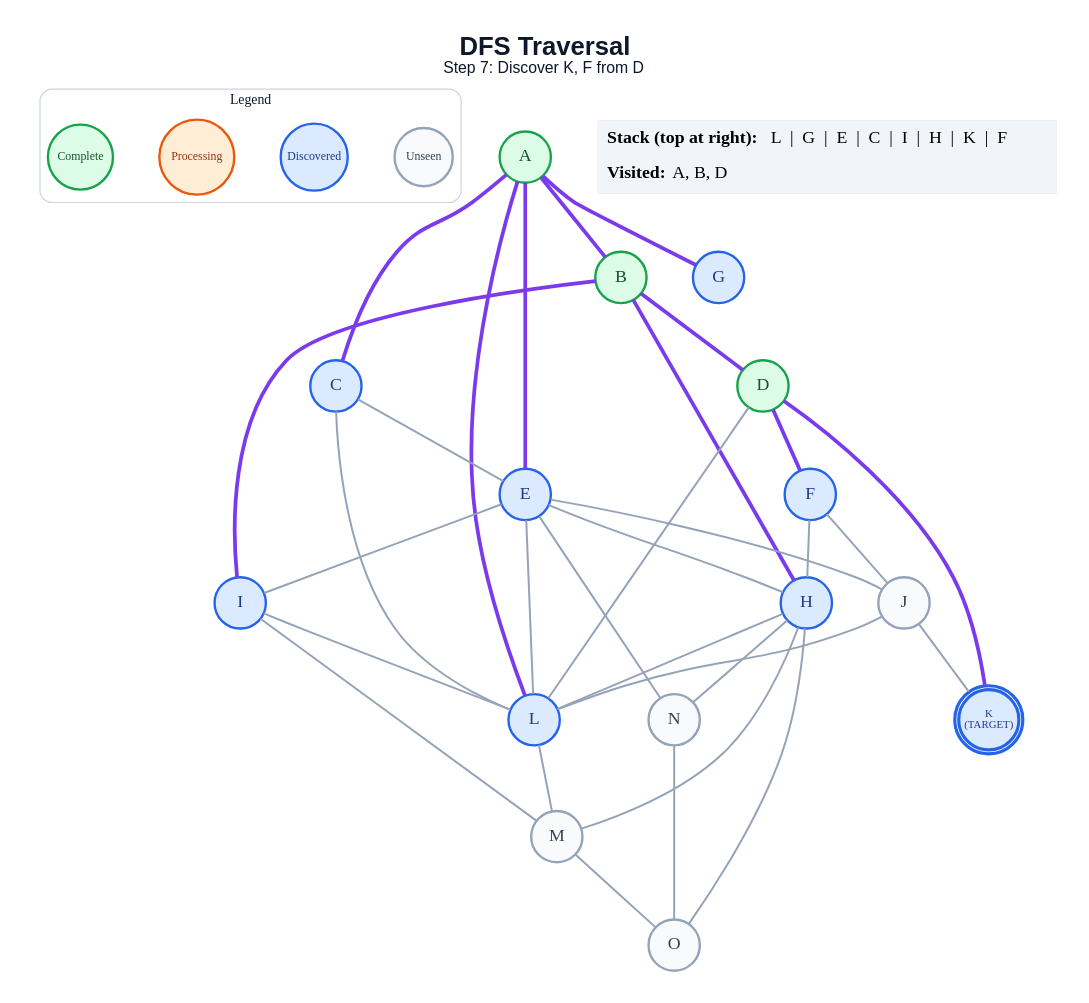
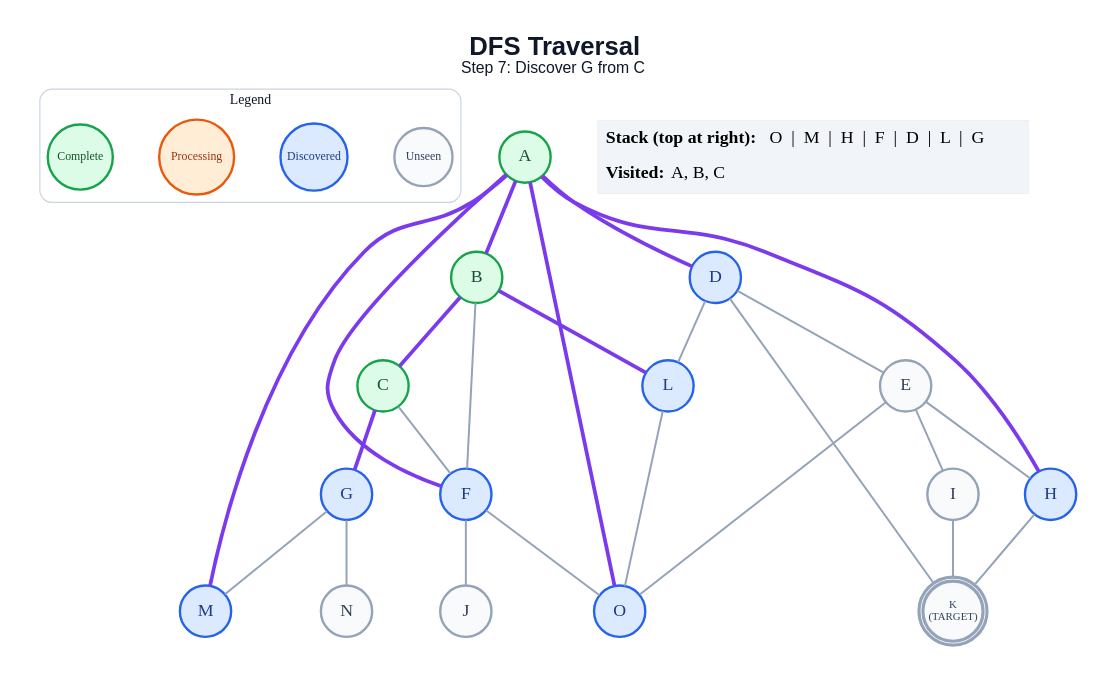
One commit to anon7238593-create/ai-slop changed the diagram in generated/dfs/step_07.dot. Above: the diagram before and after it, drawn with Graphviz. The commit also changed 283 other files, not shown here.

```diff
--- a/generated/dfs/step_07.dot
+++ b/generated/dfs/step_07.dot
@@ -1,65 +1,58 @@
 graph traversal {
   graph [layout=dot, rankdir=TB, bgcolor="#FFFFFF", pad="0.35", nodesep="0.65", ranksep="0.8", fontname="Arial"];
   node [shape=circle, style="filled", fontname="Arial Bold", fontsize=18, width=0.72, fixedsize=true, penwidth=2.4];
   edge [color="#94A3B8", penwidth=2.0];
-  label=<<B>DFS Traversal</B><BR/><FONT POINT-SIZE="16">Step 7: Discover K, F from D</FONT>>; labelloc="t"; fontsize=26; fontname="Arial"; fontcolor="#0F172A";
+  label=<<B>DFS Traversal</B><BR/><FONT POINT-SIZE="16">Step 7: Discover G from C</FONT>>; labelloc="t"; fontsize=26; fontname="Arial"; fontcolor="#0F172A";
   subgraph cluster_legend { label="Legend"; color="#CBD5E1"; penwidth=1.2; style="rounded"; fontsize=14; fontname="Arial Bold";
     key_unseen [label="Unseen", fillcolor="#F8FAFC", color="#94A3B8", fontcolor="#334155", fontsize=12, width=0.82];
     key_frontier [label="Discovered", fillcolor="#DBEAFE", color="#2563EB", fontcolor="#1E3A8A", fontsize=12, width=0.95];
     key_current [label="Processing", fillcolor="#FFEDD5", color="#EA580C", fontcolor="#9A3412", fontsize=12, width=1.05];
     key_done [label="Complete", fillcolor="#DCFCE7", color="#16A34A", fontcolor="#14532D", fontsize=12, width=0.92];
     { rank=same; key_unseen; key_frontier; key_current; key_done; }
   }
   A [label="A", fillcolor="#DCFCE7", color="#16A34A", fontcolor="#14532D", peripheries=1, penwidth=2.4];
   B [label="B", fillcolor="#DCFCE7", color="#16A34A", fontcolor="#14532D", peripheries=1, penwidth=2.4];
-  C [label="C", fillcolor="#DBEAFE", color="#2563EB", fontcolor="#1E3A8A", peripheries=1, penwidth=2.4];
-  D [label="D", fillcolor="#DCFCE7", color="#16A34A", fontcolor="#14532D", peripheries=1, penwidth=2.4];
-  E [label="E", fillcolor="#DBEAFE", color="#2563EB", fontcolor="#1E3A8A", peripheries=1, penwidth=2.4];
+  C [label="C", fillcolor="#DCFCE7", color="#16A34A", fontcolor="#14532D", peripheries=1, penwidth=2.4];
+  D [label="D", fillcolor="#DBEAFE", color="#2563EB", fontcolor="#1E3A8A", peripheries=1, penwidth=2.4];
+  E [label="E", fillcolor="#F8FAFC", color="#94A3B8", fontcolor="#334155", peripheries=1, penwidth=2.4];
   F [label="F", fillcolor="#DBEAFE", color="#2563EB", fontcolor="#1E3A8A", peripheries=1, penwidth=2.4];
   G [label="G", fillcolor="#DBEAFE", color="#2563EB", fontcolor="#1E3A8A", peripheries=1, penwidth=2.4];
   H [label="H", fillcolor="#DBEAFE", color="#2563EB", fontcolor="#1E3A8A", peripheries=1, penwidth=2.4];
-  I [label="I", fillcolor="#DBEAFE", color="#2563EB", fontcolor="#1E3A8A", peripheries=1, penwidth=2.4];
+  I [label="I", fillcolor="#F8FAFC", color="#94A3B8", fontcolor="#334155", peripheries=1, penwidth=2.4];
   J [label="J", fillcolor="#F8FAFC", color="#94A3B8", fontcolor="#334155", peripheries=1, penwidth=2.4];
-  K [label="K\n(TARGET)", fillcolor="#DBEAFE", color="#2563EB", fontcolor="#1E3A8A", peripheries=2, penwidth=3.2, fontsize=11, width=0.85, height=0.85];
+  K [label="K\n(TARGET)", fillcolor="#F8FAFC", color="#94A3B8", fontcolor="#334155", peripheries=2, penwidth=3.2, fontsize=11, width=0.85, height=0.85];
   L [label="L", fillcolor="#DBEAFE", color="#2563EB", fontcolor="#1E3A8A", peripheries=1, penwidth=2.4];
-  M [label="M", fillcolor="#F8FAFC", color="#94A3B8", fontcolor="#334155", peripheries=1, penwidth=2.4];
+  M [label="M", fillcolor="#DBEAFE", color="#2563EB", fontcolor="#1E3A8A", peripheries=1, penwidth=2.4];
   N [label="N", fillcolor="#F8FAFC", color="#94A3B8", fontcolor="#334155", peripheries=1, penwidth=2.4];
-  O [label="O", fillcolor="#F8FAFC", color="#94A3B8", fontcolor="#334155", peripheries=1, penwidth=2.4];
+  O [label="O", fillcolor="#DBEAFE", color="#2563EB", fontcolor="#1E3A8A", peripheries=1, penwidth=2.4];
   A -- B [color="#7C3AED", penwidth=3.8];
-  A -- C [color="#7C3AED", penwidth=3.8];
-  A -- E [color="#7C3AED", penwidth=3.8];
-  A -- G [color="#7C3AED", penwidth=3.8];
-  A -- L [color="#7C3AED", penwidth=3.8];
-  B -- D [color="#7C3AED", penwidth=3.8];
-  B -- H [color="#7C3AED", penwidth=3.8];
-  B -- I [color="#7C3AED", penwidth=3.8];
-  C -- E;
-  C -- L;
-  D -- F [color="#7C3AED", penwidth=3.8];
-  D -- K [color="#7C3AED", penwidth=3.8];
+  A -- D [color="#7C3AED", penwidth=3.8];
+  A -- F [color="#7C3AED", penwidth=3.8];
+  A -- H [color="#7C3AED", penwidth=3.8];
+  A -- M [color="#7C3AED", penwidth=3.8];
+  A -- O [color="#7C3AED", penwidth=3.8];
+  B -- C [color="#7C3AED", penwidth=3.8];
+  B -- F;
+  B -- L [color="#7C3AED", penwidth=3.8];
+  C -- F;
+  C -- G [color="#7C3AED", penwidth=3.8];
+  D -- E;
+  D -- K;
   D -- L;
   E -- H;
   E -- I;
-  E -- J;
-  E -- L;
-  E -- N;
-  F -- H;
+  E -- O;
   F -- J;
-  H -- L;
-  H -- M;
-  H -- N;
-  H -- O;
-  I -- L;
-  I -- M;
-  J -- K;
-  J -- L;
-  L -- M;
-  M -- O;
-  N -- O;
+  F -- O;
+  G -- M;
+  G -- N;
+  H -- K;
+  I -- K;
+  L -- O;
   status [shape=plain, fixedsize=false, width=0, height=0, margin=0, label=<
     <TABLE BORDER="0" CELLBORDER="0" CELLPADDING="7" BGCOLOR="#F1F5F9">
-      <TR><TD ALIGN="LEFT"><B>Stack (top at right):</B> L  |  G  |  E  |  C  |  I  |  H  |  K  |  F</TD></TR>
-      <TR><TD ALIGN="LEFT"><B>Visited:</B> A, B, D</TD></TR>
+      <TR><TD ALIGN="LEFT"><B>Stack (top at right):</B> O  |  M  |  H  |  F  |  D  |  L  |  G</TD></TR>
+      <TR><TD ALIGN="LEFT"><B>Visited:</B> A, B, C</TD></TR>
     </TABLE>
   >];
 }
```
